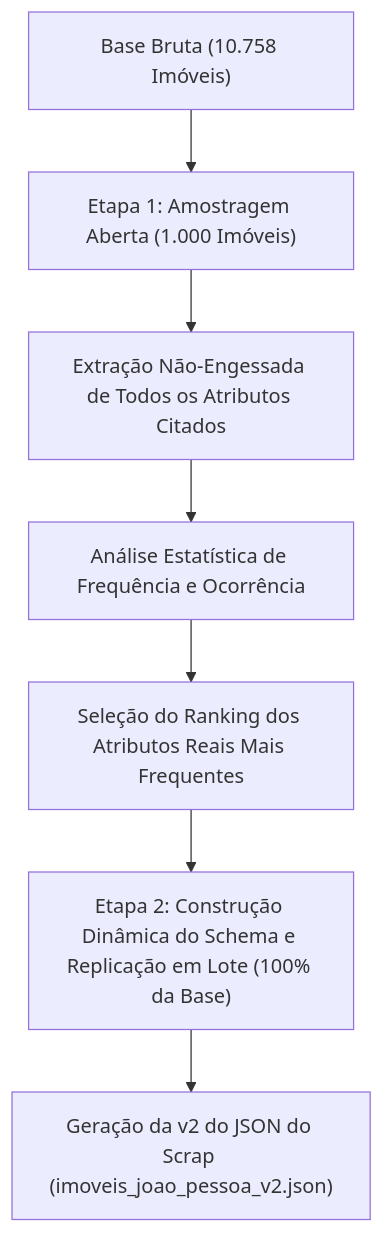
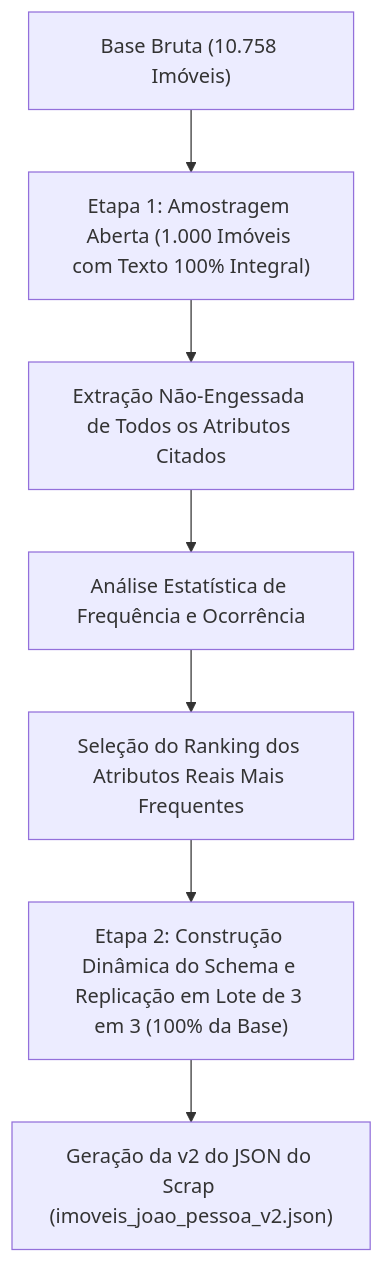
One commit to Vitoreism/Projeto-Aprendizagem-Maquina changed the diagram in docs/issue_9_extracao_llm.md. Above: the diagram before and after it, drawn with Mermaid. The commit also changed other lines of this file and 1 other file, not shown here.

Commit message:
feat(issue-9): remove limite de truncamento passando 100% da descricao integral dos imoveis em lotes de 3 em 3

````diff
--- a/docs/issue_9_extracao_llm.md
+++ b/docs/issue_9_extracao_llm.md
@@ -15,9 +15,9 @@
 ```mermaid
 graph TD
-    A["Base Bruta (10.758 Imóveis)"] --> B["Etapa 1: Amostragem Aberta (1.000 Imóveis)"]
+    A["Base Bruta (10.758 Imóveis)"] --> B["Etapa 1: Amostragem Aberta (1.000 Imóveis com Texto 100% Integral)"]
     B --> C["Extração Não-Engessada de Todos os Atributos Citados"]
     C --> D["Análise Estatística de Frequência e Ocorrência"]
     D --> E["Seleção do Ranking dos Atributos Reais Mais Frequentes"]
-    E --> F["Etapa 2: Construção Dinâmica do Schema e Replicação em Lote (100% da Base)"]
+    E --> F["Etapa 2: Construção Dinâmica do Schema e Replicação em Lote de 3 em 3 (100% da Base)"]
     F --> G["Geração da v2 do JSON do Scrap (imoveis_joao_pessoa_v2.json)"]
 ```
````
